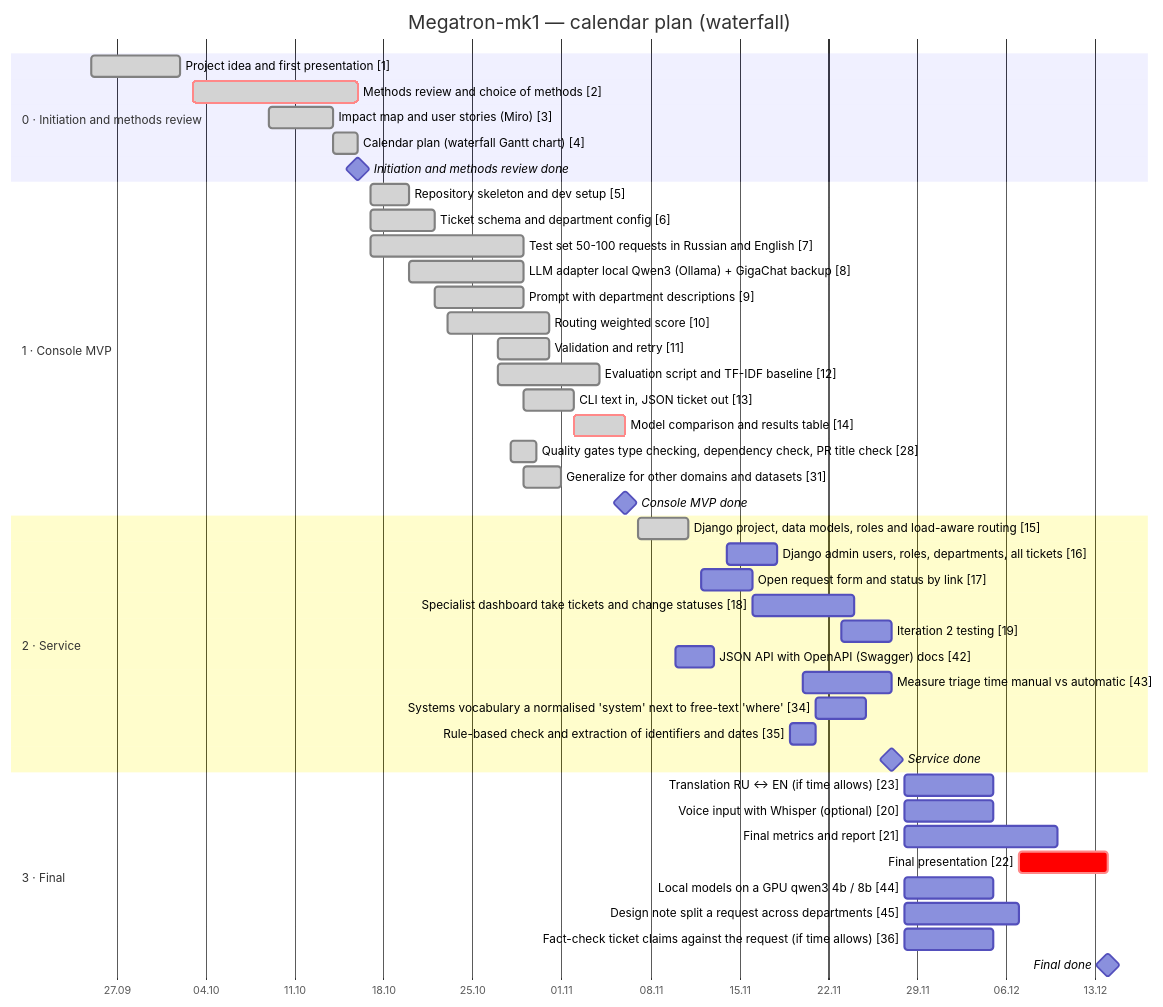
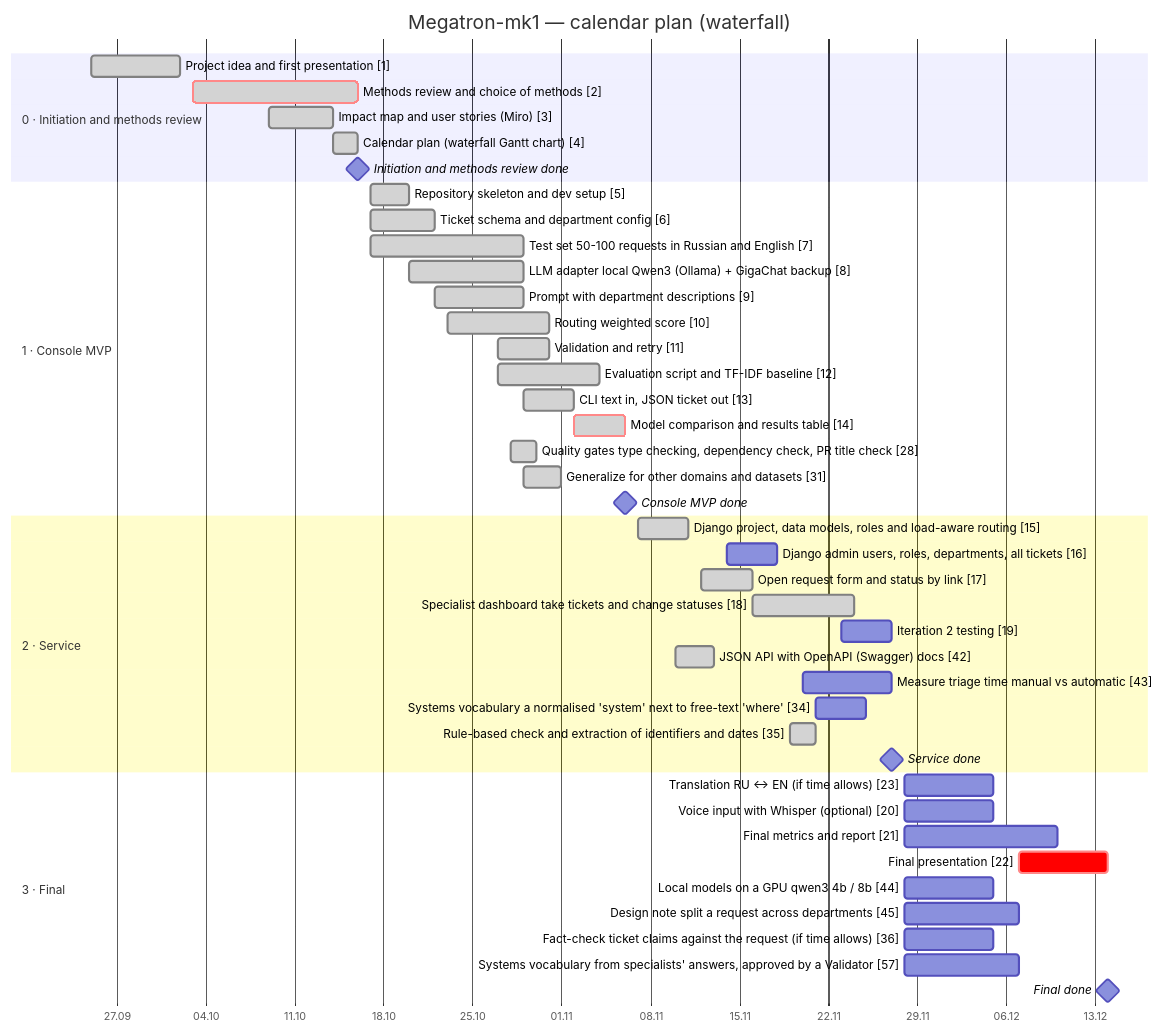
Before and after one commit to Leenday/support_megatron_mk1: the diagram in README.md, drawn with Mermaid. The commit also changed other lines of this file and 31 other files, not shown here.

First line of the commit message:
feat(llm): systems vocabulary next to free-text where (#58)

````diff
--- a/README.md
+++ b/README.md
@@ -109,47 +111,48 @@
 ```mermaid
 gantt
     title Megatron-mk1 — calendar plan (waterfall)
     dateFormat YYYY-MM-DD
     axisFormat %d.%m
     todayMarker on
     section 0 · Initiation and methods review
     Project idea and first presentation [1] :done, t1, 2026-09-25, 2026-10-02
     Methods review and choice of methods [2] :done, crit, t2, 2026-10-03, 2026-10-16
     Impact map and user stories (Miro) [3] :done, t3, 2026-10-09, 2026-10-14
     Calendar plan (waterfall Gantt chart) [4] :done, t4, 2026-10-14, 2026-10-16
     Initiation and methods review done :milestone, m0, 2026-10-16, 0d
     section 1 · Console MVP
     Repository skeleton and dev setup [5] :done, t5, 2026-10-17, 2026-10-20
     Ticket schema and department config [6] :done, t6, 2026-10-17, 2026-10-22
     Test set 50-100 requests in Russian and English [7] :done, t7, 2026-10-17, 2026-10-29
     LLM adapter local Qwen3 (Ollama) + GigaChat backup [8] :done, t8, 2026-10-20, 2026-10-29
     Prompt with department descriptions [9] :done, t9, 2026-10-22, 2026-10-29
     Routing weighted score [10] :done, t10, 2026-10-23, 2026-10-31
     Validation and retry [11] :done, t11, 2026-10-27, 2026-10-31
     Evaluation script and TF-IDF baseline [12] :done, t12, 2026-10-27, 2026-11-04
     CLI text in, JSON ticket out [13] :done, t13, 2026-10-29, 2026-11-02
     Model comparison and results table [14] :done, crit, t14, 2026-11-02, 2026-11-06
     Quality gates type checking, dependency check, PR title check [28] :done, t28, 2026-10-28, 2026-10-30
     Generalize for other domains and datasets [31] :done, t31, 2026-10-29, 2026-11-01
     Console MVP done :milestone, m1, 2026-11-06, 0d
     section 2 · Service
     Django project, data models, roles and load-aware routing [15] :done, t15, 2026-11-07, 2026-11-11
     Django admin users, roles, departments, all tickets [16] :t16, 2026-11-14, 2026-11-18
-    Open request form and status by link [17] :t17, 2026-11-12, 2026-11-16
-    Specialist dashboard take tickets and change statuses [18] :t18, 2026-11-16, 2026-11-24
+    Open request form and status by link [17] :done, t17, 2026-11-12, 2026-11-16
+    Specialist dashboard take tickets and change statuses [18] :done, t18, 2026-11-16, 2026-11-24
     Iteration 2 testing [19] :t19, 2026-11-23, 2026-11-27
-    JSON API with OpenAPI (Swagger) docs [42] :t42, 2026-11-10, 2026-11-13
+    JSON API with OpenAPI (Swagger) docs [42] :done, t42, 2026-11-10, 2026-11-13
     Measure triage time manual vs automatic [43] :t43, 2026-11-20, 2026-11-27
     Systems vocabulary a normalised 'system' next to free-text 'where' [34] :t34, 2026-11-21, 2026-11-25
-    Rule-based check and extraction of identifiers and dates [35] :t35, 2026-11-19, 2026-11-21
+    Rule-based check and extraction of identifiers and dates [35] :done, t35, 2026-11-19, 2026-11-21
     Service done :milestone, m2, 2026-11-27, 0d
     section 3 · Final
     Translation RU ↔ EN (if time allows) [23] :t23, 2026-11-28, 2026-12-05
     Voice input with Whisper (optional) [20] :t20, 2026-11-28, 2026-12-05
     Final metrics and report [21] :t21, 2026-11-28, 2026-12-10
     Final presentation [22] :crit, t22, 2026-12-07, 2026-12-14
     Local models on a GPU qwen3 4b / 8b [44] :t44, 2026-11-28, 2026-12-05
     Design note split a request across departments [45] :t45, 2026-11-28, 2026-12-07
     Fact-check ticket claims against the request (if time allows) [36] :t36, 2026-11-28, 2026-12-05
+    Systems vocabulary from specialists' answers, approved by a Validator [57] :t57, 2026-11-28, 2026-12-07
     Final done :milestone, m3, 2026-12-14, 0d
 ```
````
